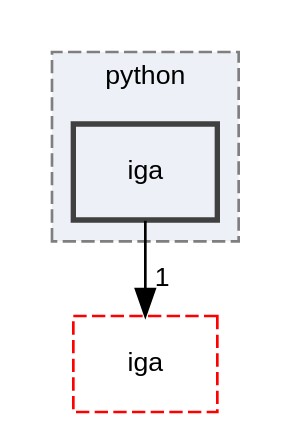
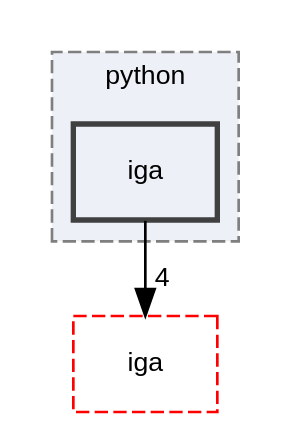
The diagram in dir_4df0bd6c9c69aa67512ad22eda882a96_dep.dot (rath3t/dune-iga-doc), drawn with Graphviz before and after one commit. The commit also changed 19 other files, not shown here.

```diff
--- a/dir_4df0bd6c9c69aa67512ad22eda882a96_dep.dot
+++ b/dir_4df0bd6c9c69aa67512ad22eda882a96_dep.dot
@@ -1,13 +1,13 @@
 digraph "iga"
 {
  // LATEX_PDF_SIZE
   edge [fontname="Helvetica",fontsize="10",labelfontname="Helvetica",labelfontsize="10"];
   node [fontname="Helvetica",fontsize="10",shape=record];
   compound=true
   subgraph clusterdir_e42d0074801678c644b0e137d50ef233 {
     graph [ bgcolor="#edf0f7", pencolor="grey50", style="filled,dashed,", label="python", fontname="Helvetica", fontsize="10", URL="dir_e42d0074801678c644b0e137d50ef233.html"]
   dir_4df0bd6c9c69aa67512ad22eda882a96 [shape=box, label="iga", style="filled,bold,", fillcolor="#edf0f7", color="grey25", URL="dir_4df0bd6c9c69aa67512ad22eda882a96.html"];
   }
   dir_d2a3c23294a1b1015b1b8e8721ddded8 [shape=box, label="iga", style="dashed,", fillcolor="#edf0f7", color="red", URL="dir_d2a3c23294a1b1015b1b8e8721ddded8.html"];
-  dir_4df0bd6c9c69aa67512ad22eda882a96->dir_d2a3c23294a1b1015b1b8e8721ddded8 [headlabel="1", labeldistance=1.5 headhref="dir_000010_000009.html"];
+  dir_4df0bd6c9c69aa67512ad22eda882a96->dir_d2a3c23294a1b1015b1b8e8721ddded8 [headlabel="4", labeldistance=1.5 headhref="dir_000010_000009.html"];
 }
```
